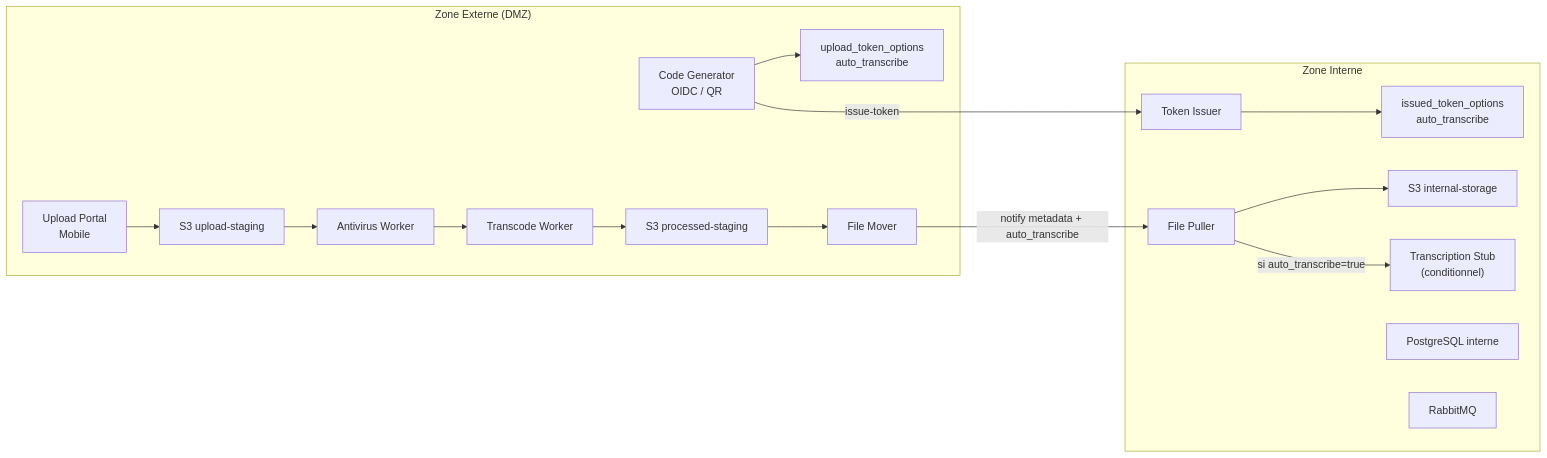
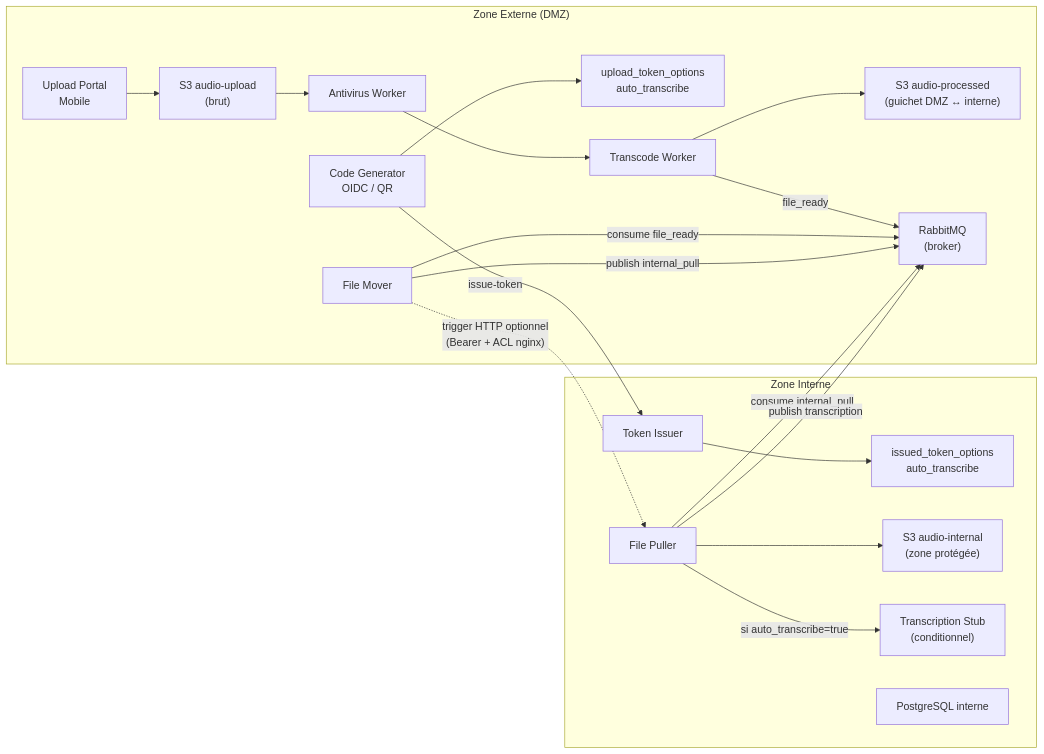
One commit to IA-Generative/mirai-mesreunions changed the first of 6 diagrams in docs/ARCHITECTURE.md. Above: the diagram before and after it, drawn with Mermaid. The commit also changed other lines of this file and 13 other files, not shown here.

First line of the commit message:
feat(pipeline): cross-cluster pull notification via durable queue + optional HTTP trigger (#4)

````diff
--- a/docs/ARCHITECTURE.md
+++ b/docs/ARCHITECTURE.md
@@ -16,31 +16,36 @@
 ```mermaid
 flowchart LR
   subgraph EXT["Zone Externe (DMZ)"]
     CG["Code Generator\nOIDC / QR"]
     UP["Upload Portal\nMobile"]
     EOPT["upload_token_options\nauto_transcribe"]
-    S3U["S3 upload-staging"]
+    S3U["S3 audio-upload\n(brut)"]
     AV["Antivirus Worker"]
     TR["Transcode Worker"]
-    S3P["S3 processed-staging"]
+    S3P["S3 audio-processed\n(guichet DMZ ↔ interne)"]
     FM["File Mover"]
+    MQ["RabbitMQ\n(broker)"]
   end
 
   subgraph INT["Zone Interne"]
     TI["Token Issuer"]
     IOPT["issued_token_options\nauto_transcribe"]
     FP["File Puller"]
-    S3I["S3 internal-storage"]
+    S3I["S3 audio-internal\n(zone protégée)"]
     STT["Transcription Stub\n(conditionnel)"]
     DBI["PostgreSQL interne"]
-    MQI["RabbitMQ"]
   end
 
   CG -->|"issue-token"| TI
   CG --> EOPT
   TI --> IOPT
-  UP --> S3U --> AV --> TR --> S3P --> FM
-  FM -->|"notify metadata + auto_transcribe"| FP
+  UP --> S3U --> AV --> TR --> S3P
+  TR -->|"file_ready"| MQ
+  FM -->|"consume file_ready"| MQ
+  FM -->|"publish internal_pull"| MQ
+  FP -->|"consume internal_pull"| MQ
+  FP -->|"publish transcription"| MQ
   FP --> S3I
   FP -->|"si auto_transcribe=true"| STT
+  FM -.->|"trigger HTTP optionnel\n(Bearer + ACL nginx)"| FP
 ```
````
